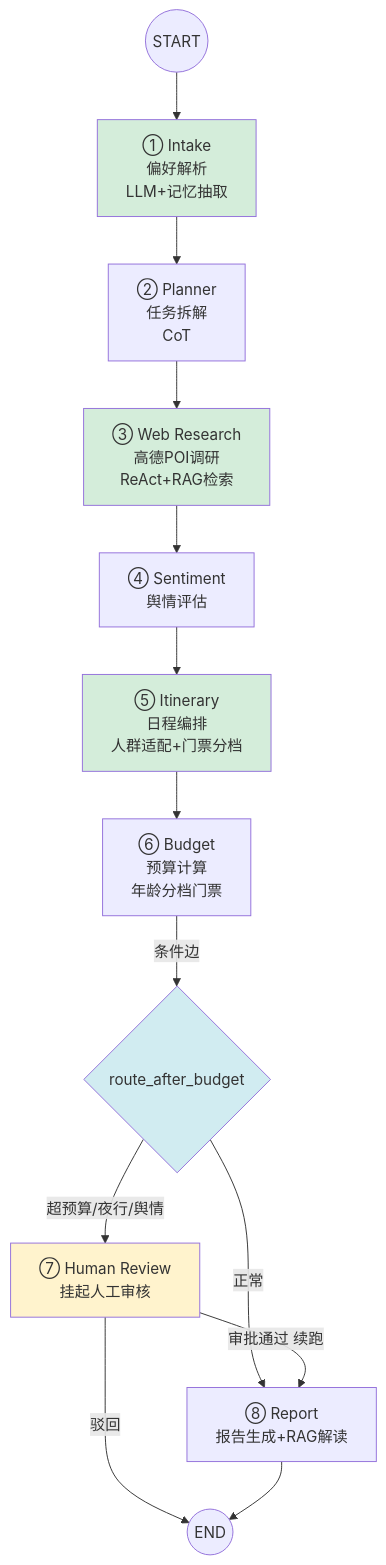
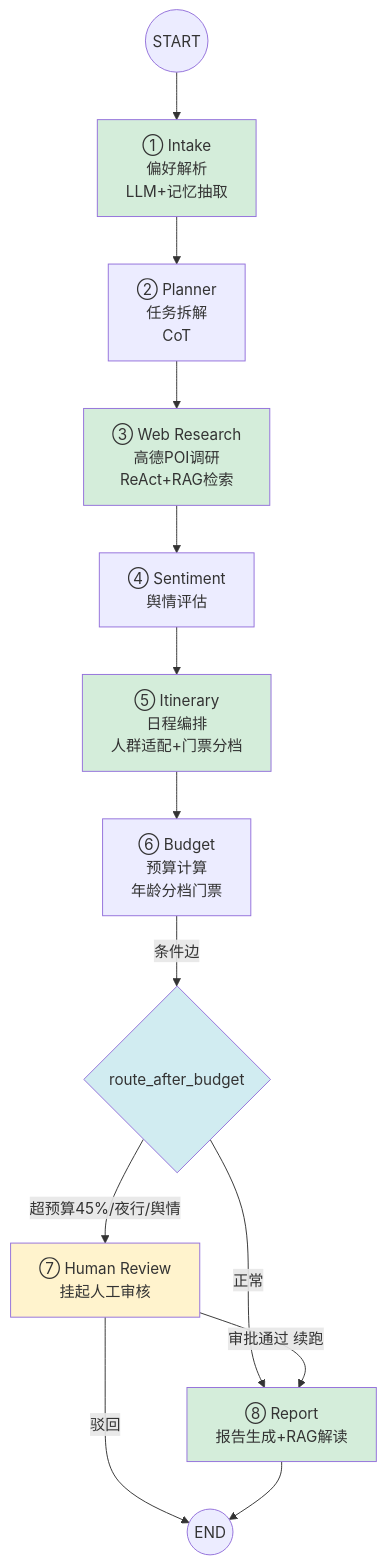
The diagram in docs/架构图详解.md (1111776/wenlv), drawn with Mermaid before and after one commit. The commit also changed other lines of this file and 3 other files, not shown here.

Commit message:
docs: 项目讲解/架构图/PPT 全面重写 v4.0（详细完整版，完全覆盖项目）

````diff
--- a/docs/架构图详解.md
+++ b/docs/架构图详解.md
@@ -177,21 +168,22 @@
 ```mermaid
 graph TD
     START((START)) --> Intake[① Intake<br/>偏好解析<br/>LLM+记忆抽取]
     Intake --> Planner[② Planner<br/>任务拆解<br/>CoT]
     Planner --> WebResearch[③ Web Research<br/>高德POI调研<br/>ReAct+RAG检索]
     WebResearch --> Sentiment[④ Sentiment<br/>舆情评估]
     Sentiment --> Itinerary[⑤ Itinerary<br/>日程编排<br/>人群适配+门票分档]
     Itinerary --> Budget[⑥ Budget<br/>预算计算<br/>年龄分档门票]
     Budget -->|条件边| Decision{route_after_budget}
-    Decision -->|超预算/夜行/舆情| HumanReview[⑦ Human Review<br/>挂起人工审核]
+    Decision -->|超预算45%/夜行/舆情| HumanReview[⑦ Human Review<br/>挂起人工审核]
     Decision -->|正常| Report[⑧ Report<br/>报告生成+RAG解读]
     HumanReview -->|审批通过 续跑| Report
     HumanReview -->|驳回| END((END))
     Report --> END
 
     style HumanReview fill:#fff3cd
     style Decision fill:#d1ecf1
     style Intake fill:#d4edda
     style WebResearch fill:#d4edda
     style Itinerary fill:#d4edda
+    style Report fill:#d4edda
 ```
````
